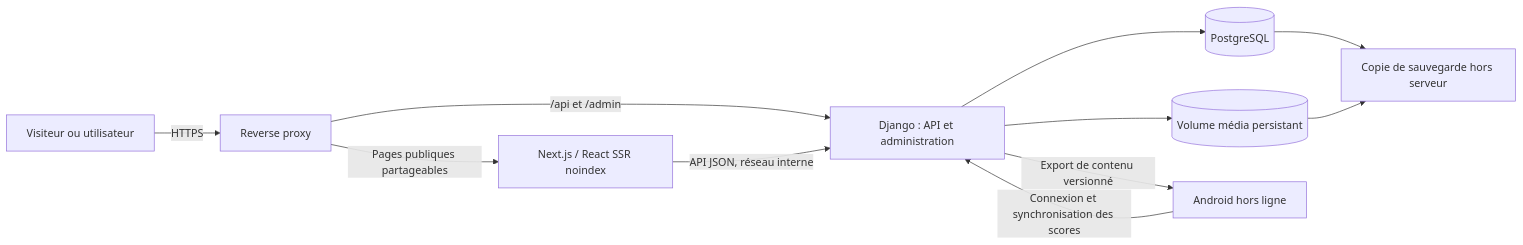
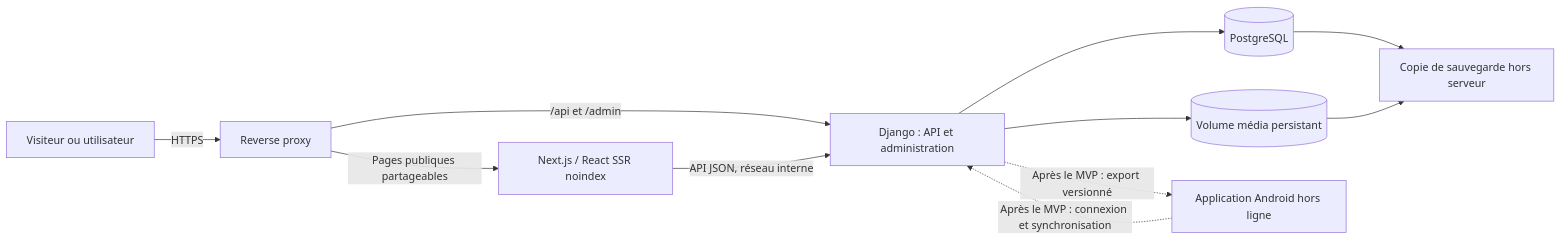
The diagram in docs/architecture/README.md (pierrecosta/langues-de-france), drawn with Mermaid before and after one commit. The commit also changed other lines of this file and 80 other files, not shown here.

````diff
--- a/docs/architecture/README.md
+++ b/docs/architecture/README.md
@@ -24,13 +24,13 @@
 ```mermaid
 flowchart LR
     V[Visiteur ou utilisateur] -->|HTTPS| P[Reverse proxy]
     P -->|Pages publiques partageables| N[Next.js / React SSR noindex]
     P -->|/api et /admin| D[Django : API et administration]
     N -->|API JSON, réseau interne| D
     D --> B[(PostgreSQL)]
     D --> M[(Volume média persistant)]
-    D -->|Export de contenu versionné| A[Android hors ligne]
-    A -->|Connexion et synchronisation des scores| D
+    D -.->|Après le MVP : export versionné| A[Application Android hors ligne]
+    A -.->|Après le MVP : connexion et synchronisation| D
     B --> S[Copie de sauvegarde hors serveur]
     M --> S
 ```
````
